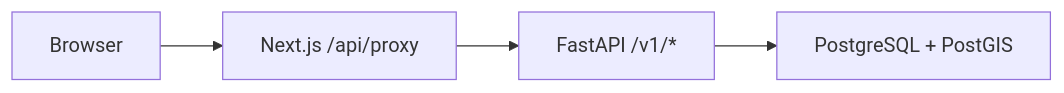
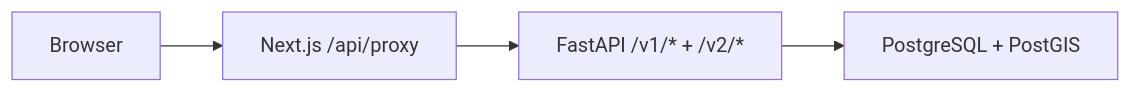
Before and after one commit to digitie/kor-travel-geo: the diagram in kraddr-geo-ui/docs/ARCHITECTURE.md, drawn with Mermaid. The commit also changed other lines of this file and 21 other files, not shown here.

````diff
--- a/kraddr-geo-ui/docs/ARCHITECTURE.md
+++ b/kraddr-geo-ui/docs/ARCHITECTURE.md
@@ -5,6 +5,6 @@
 ```mermaid
 flowchart LR
   B["Browser"] --> N["Next.js /api/proxy"]
-  N --> A["FastAPI /v1/*"]
+  N --> A["FastAPI /v1/* + /v2/*"]
   A --> P["PostgreSQL + PostGIS"]
 ```
````
